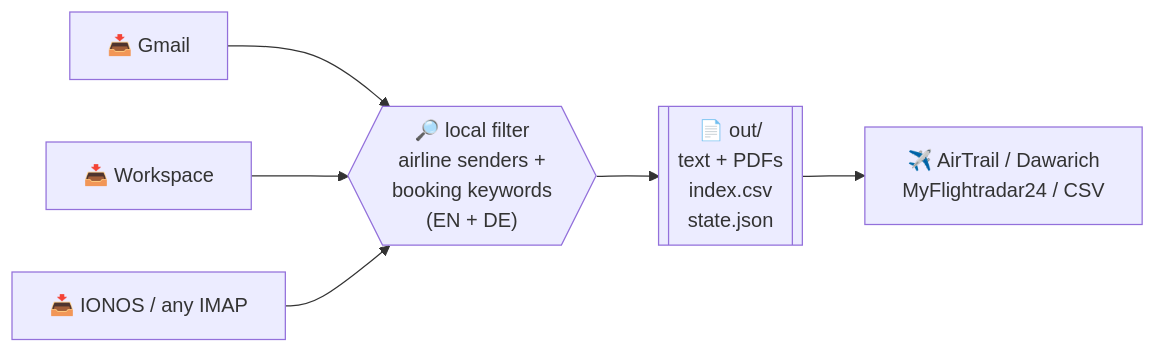
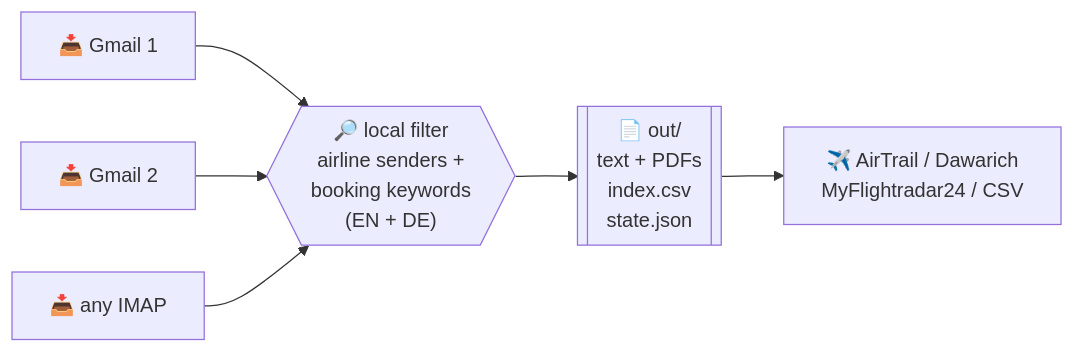
The diagram in README.md (constgemm/layover), drawn with Mermaid before and after one commit.

Commit message:
Update flowchart labels in README.md

````diff
--- a/README.md
+++ b/README.md
@@ -32,9 +32,9 @@
 ```mermaid
 flowchart LR
-    A[📥 Gmail] --> F
-    B[📥 Workspace] --> F
-    C[📥 IONOS / any IMAP] --> F
+    A[📥 Gmail 1] --> F
+    B[📥 Gmail 2] --> F
+    C[📥 any IMAP] --> F
     F{{"🔎 local filter<br/>airline senders +<br/>booking keywords<br/>(EN + DE)"}} --> O
     O[["📄 out/<br/>text + PDFs<br/>index.csv<br/>state.json"]] --> P
     P["✈️ AirTrail / Dawarich<br/>MyFlightradar24 / CSV"]
 ```
````
